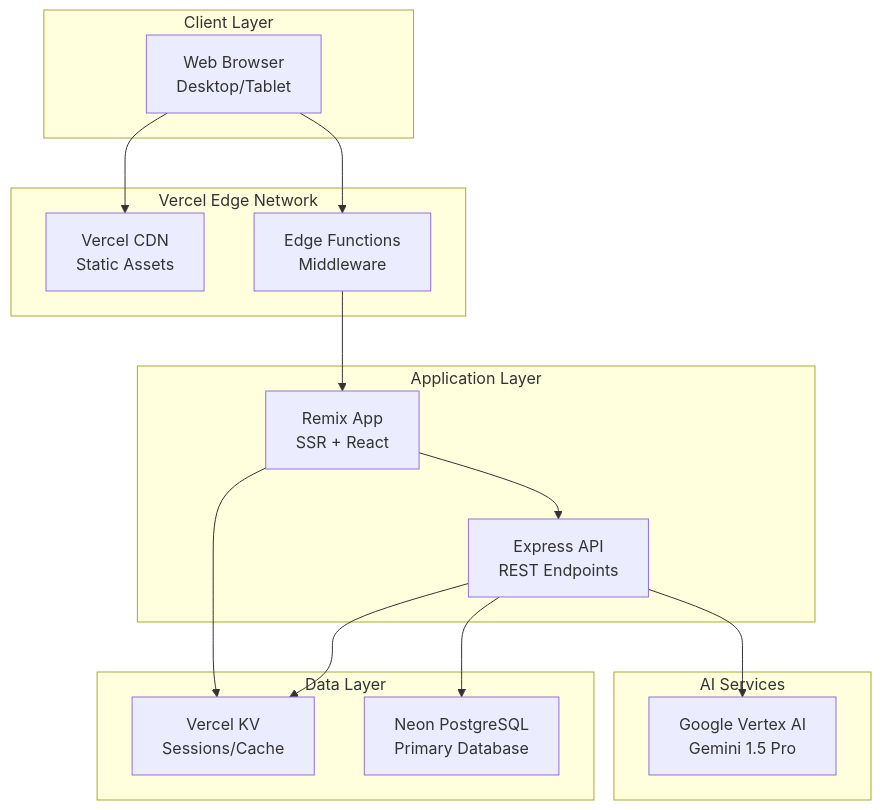
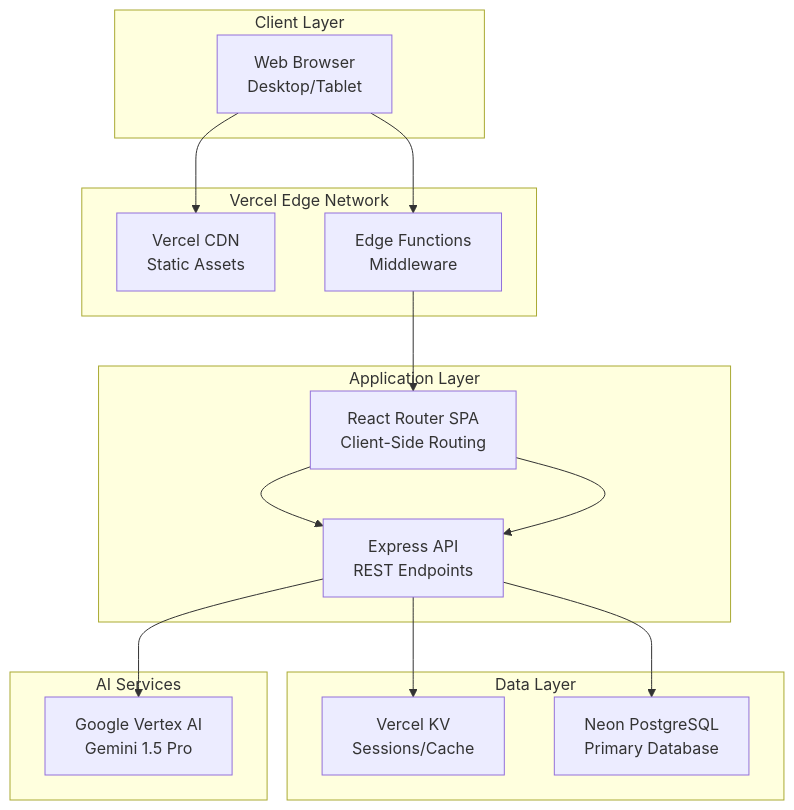
The diagram in docs/architecture/high-level-architecture.md (lmtNoLimit/the-compass), drawn with Mermaid before and after one commit. The commit also changed other lines of this file and 92 other files, not shown here.

First line of the commit message:
refactor: migrate from monorepo to unified React Router structure

````diff
--- a/docs/architecture/high-level-architecture.md
+++ b/docs/architecture/high-level-architecture.md
@@ -21,34 +21,34 @@
 ```mermaid
 graph TB
     subgraph "Client Layer"
         Browser[Web Browser<br/>Desktop/Tablet]
     end
     
     subgraph "Vercel Edge Network"
         CDN[Vercel CDN<br/>Static Assets]
         Edge[Edge Functions<br/>Middleware]
     end
     
     subgraph "Application Layer"
-        Remix[Remix App<br/>SSR + React]
+        ReactApp[React Router SPA<br/>Client-Side Routing]
         API[Express API<br/>REST Endpoints]
     end
     
     subgraph "Data Layer"
         KV[Vercel KV<br/>Sessions/Cache]
         Neon[Neon PostgreSQL<br/>Primary Database]
     end
     
     subgraph "AI Services"
         Vertex[Google Vertex AI<br/>Gemini 1.5 Pro]
     end
     
     Browser --> CDN
     Browser --> Edge
-    Edge --> Remix
-    Remix --> API
+    Edge --> ReactApp
+    ReactApp --> API
     API --> KV
     API --> Neon
     API --> Vertex
-    Remix --> KV
+    ReactApp --> API
 ```
````
